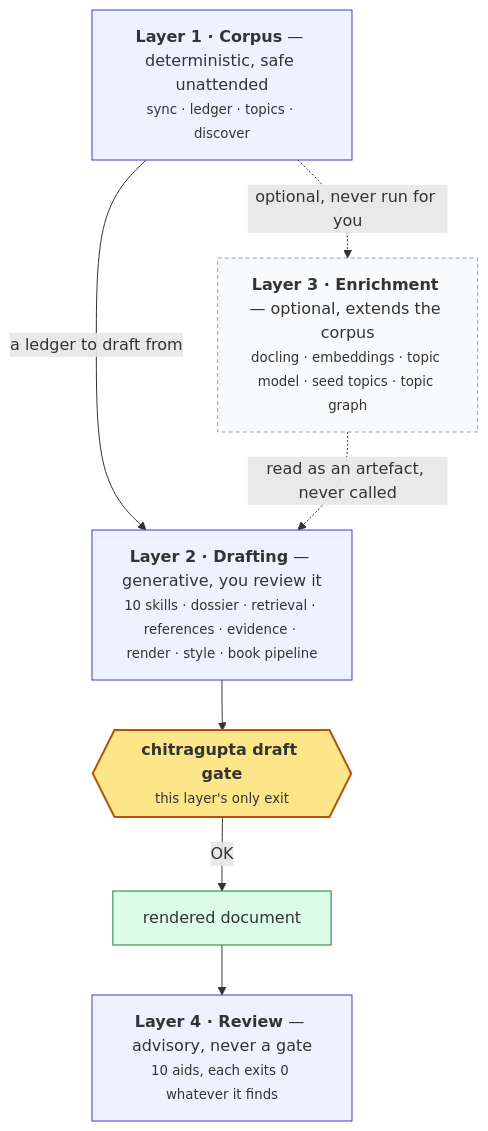
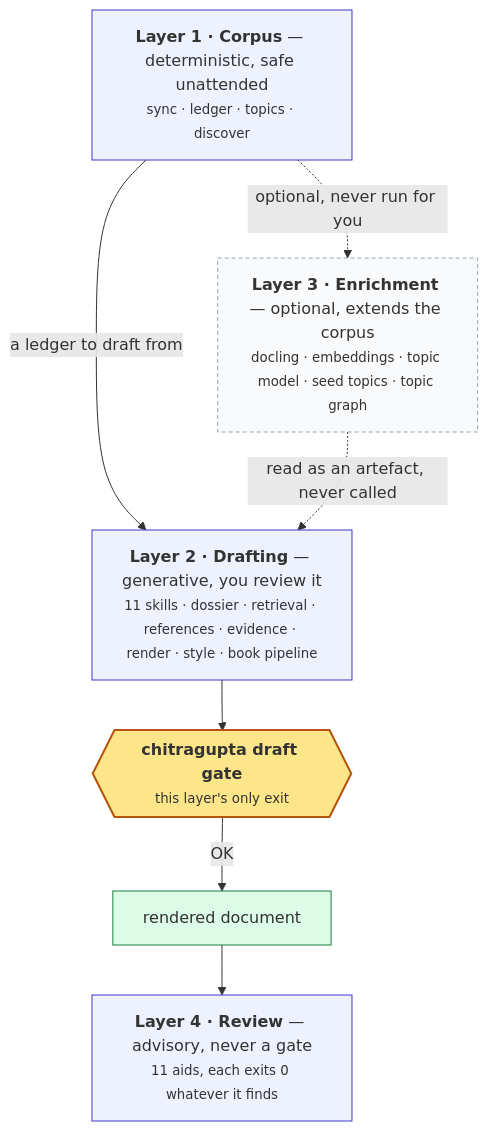
Before and after one commit to prasadtalasila/chitragupta: the second of 3 diagrams in docs/FEATURES.md, drawn with Mermaid. The commit also changed other lines of this file and 278 other files, not shown here.

First line of the commit message:
Bring the docs up to date and explain every figure check rule

````diff
--- a/docs/FEATURES.md
+++ b/docs/FEATURES.md
@@ -97,21 +95,21 @@
 ```mermaid
 flowchart TB
   L1["<b>Layer 1 · Corpus</b> — deterministic, safe unattended<br/><small>sync · ledger · topics · discover</small>"]:::f
   L3["<b>Layer 3 · Enrichment</b> — optional, extends the corpus<br/><small>docling · embeddings · topic model · seed topics · topic graph</small>"]:::o
-  L2["<b>Layer 2 · Drafting</b> — generative, you review it<br/><small>10 skills · dossier · retrieval · references · evidence · render · style · book pipeline</small>"]:::f
+  L2["<b>Layer 2 · Drafting</b> — generative, you review it<br/><small>11 skills · dossier · retrieval · references · evidence · render · style · book pipeline</small>"]:::f
   GATE{{"<b>chitragupta draft gate</b><br/><small>this layer's only exit</small>"}}:::g
   OUT["rendered document"]:::out
-  L4["<b>Layer 4 · Review</b> — advisory, never a gate<br/><small>10 aids, each exits 0 whatever it finds</small>"]:::f
+  L4["<b>Layer 4 · Review</b> — advisory, never a gate<br/><small>11 aids, each exits 0 whatever it finds</small>"]:::f
 
   L1 -->|"a ledger to draft from"| L2
   L1 -.->|"optional, never run for you"| L3
   L3 -.->|"read as an artefact, never called"| L2
   L2 --> GATE
   GATE -->|"OK"| OUT
   OUT --> L4
 
   classDef f fill:#eef2ff,stroke:#4338ca
   classDef o fill:#f8fafc,stroke:#94a3b8,stroke-dasharray:4 3
   classDef g fill:#fde68a,stroke:#b45309,stroke-width:2px
   classDef out fill:#dcfce7,stroke:#15803d
 ```
````
